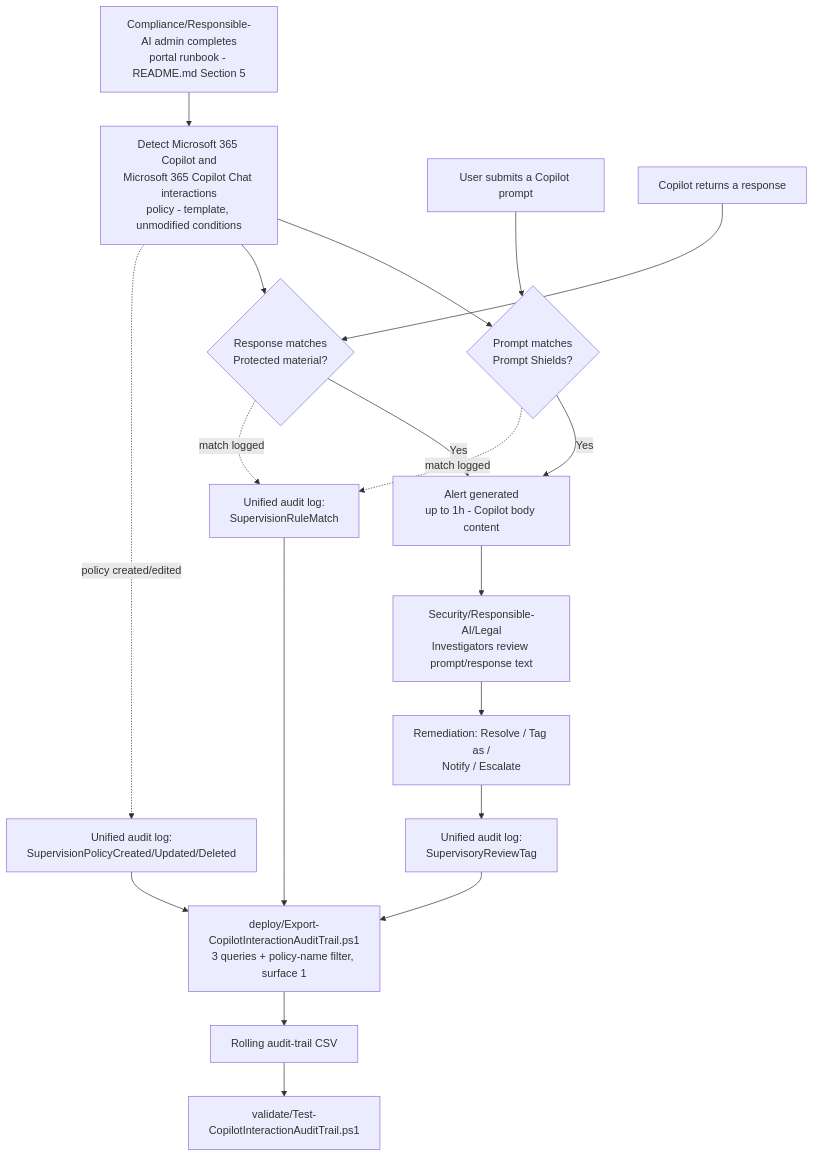
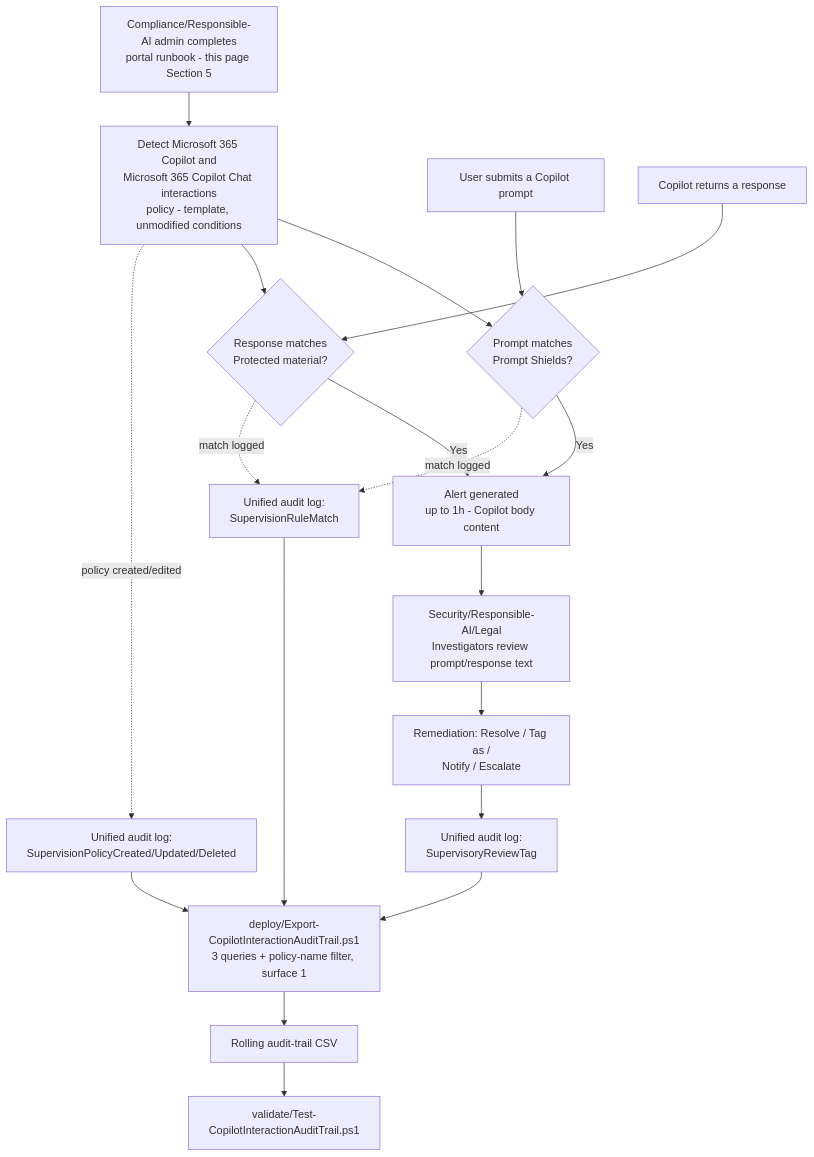
The diagram in src/content/scenarios/communication-compliance/copilot-interaction-detection.design.md (kpsec1/kpsec1.github.io), drawn with Mermaid before and after one commit. The commit also changed 269 other files, not shown here.

````diff
--- a/src/content/scenarios/communication-compliance/copilot-interaction-detection.design.md
+++ b/src/content/scenarios/communication-compliance/copilot-interaction-detection.design.md
@@ -187,21 +187,21 @@
 ```mermaid
 flowchart TD
-    A[Compliance/Responsible-AI admin completes<br/>portal runbook - README.md Section 5] --> B["Detect Microsoft 365 Copilot and<br/>Microsoft 365 Copilot Chat interactions<br/>policy - template, unmodified conditions"]
+    A[Compliance/Responsible-AI admin completes<br/>portal runbook - this page Section 5] --> B["Detect Microsoft 365 Copilot and<br/>Microsoft 365 Copilot Chat interactions<br/>policy - template, unmodified conditions"]
     U[User submits a Copilot prompt] --> C{Prompt matches<br/>Prompt Shields?}
     B --> C
     R[Copilot returns a response] --> D{Response matches<br/>Protected material?}
     B --> D
     C -- Yes --> E[Alert generated<br/>up to 1h - Copilot body content]
     D -- Yes --> E
     E --> F["Security/Responsible-AI/Legal<br/>Investigators review prompt/response text"]
     F --> G["Remediation: Resolve / Tag as /<br/>Notify / Escalate"]
     G --> H["Unified audit log:<br/>SupervisoryReviewTag"]
     B -.policy created/edited.-> I["Unified audit log:<br/>SupervisionPolicyCreated/Updated/Deleted"]
     C -.match logged.-> J["Unified audit log:<br/>SupervisionRuleMatch"]
     D -.match logged.-> J
     H --> K["deploy/Export-CopilotInteractionAuditTrail.ps1<br/>3 queries + policy-name filter, surface 1"]
     I --> K
     J --> K
     K --> L[Rolling audit-trail CSV]
     L --> M[validate/Test-CopilotInteractionAuditTrail.ps1]
 ```
````
